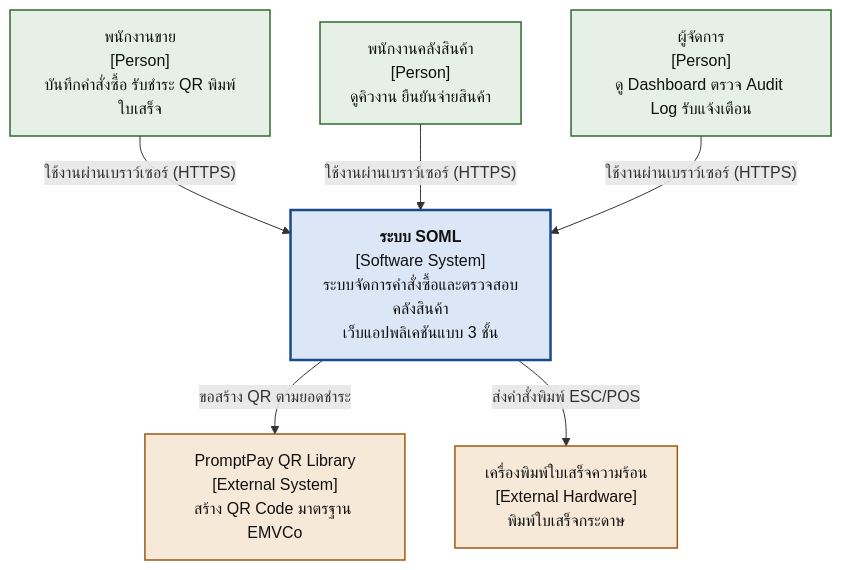
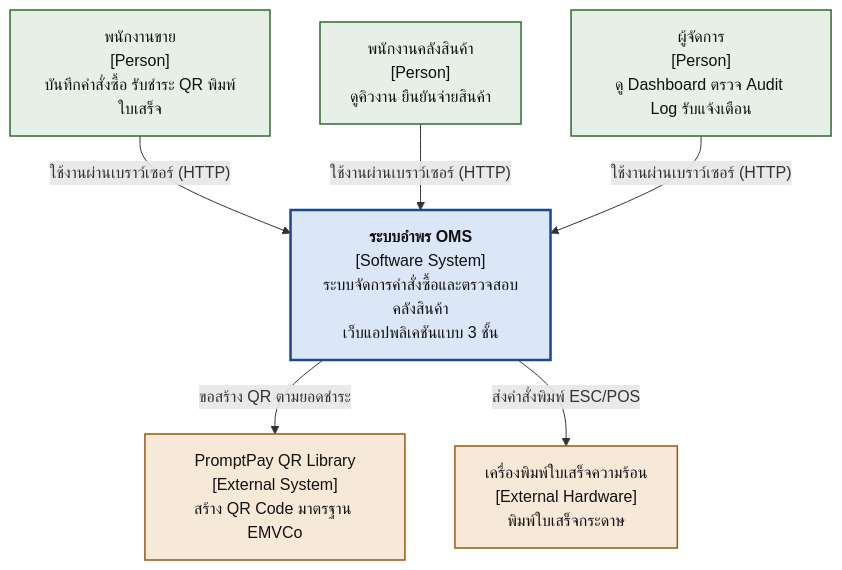
The diagram in Documents/assets/diagrams/fig3-02_c1_context.mmd (TriratWongsit/soml-pos-inventory), drawn with Mermaid before and after one commit. The commit also changed 861 other files, not shown here.

```diff
--- a/Documents/assets/diagrams/fig3-02_c1_context.mmd
+++ b/Documents/assets/diagrams/fig3-02_c1_context.mmd
@@ -1,18 +1,18 @@
 flowchart TD
     SALES["พนักงานขาย<br/>[Person]<br/>บันทึกคำสั่งซื้อ รับชำระ QR พิมพ์ใบเสร็จ"]
     WH["พนักงานคลังสินค้า<br/>[Person]<br/>ดูคิวงาน ยืนยันจ่ายสินค้า"]
     MGR["ผู้จัดการ<br/>[Person]<br/>ดู Dashboard ตรวจ Audit Log รับแจ้งเตือน"]
-    SOML["<b>ระบบ SOML</b><br/>[Software System]<br/>ระบบจัดการคำสั่งซื้อและตรวจสอบคลังสินค้า<br/>เว็บแอปพลิเคชันแบบ 3 ชั้น"]
+    SOML["<b>ระบบอำพร OMS</b><br/>[Software System]<br/>ระบบจัดการคำสั่งซื้อและตรวจสอบคลังสินค้า<br/>เว็บแอปพลิเคชันแบบ 3 ชั้น"]
     QR["PromptPay QR Library<br/>[External System]<br/>สร้าง QR Code มาตรฐาน EMVCo"]
     PRN["เครื่องพิมพ์ใบเสร็จความร้อน<br/>[External Hardware]<br/>พิมพ์ใบเสร็จกระดาษ"]
-    SALES -->|"ใช้งานผ่านเบราว์เซอร์ (HTTPS)"| SOML
-    WH -->|"ใช้งานผ่านเบราว์เซอร์ (HTTPS)"| SOML
-    MGR -->|"ใช้งานผ่านเบราว์เซอร์ (HTTPS)"| SOML
+    SALES -->|"ใช้งานผ่านเบราว์เซอร์ (HTTP)"| SOML
+    WH -->|"ใช้งานผ่านเบราว์เซอร์ (HTTP)"| SOML
+    MGR -->|"ใช้งานผ่านเบราว์เซอร์ (HTTP)"| SOML
     SOML -->|"ขอสร้าง QR ตามยอดชำระ"| QR
     SOML -->|"ส่งคำสั่งพิมพ์ ESC/POS"| PRN
     classDef person fill:#e6f0e6,stroke:#2f6b2f,stroke-width:1.5px,color:#111
     classDef system fill:#dbe6f7,stroke:#1a4a8a,stroke-width:2.5px,color:#111
     classDef ext fill:#f7e9d8,stroke:#9a5a12,stroke-width:1.5px,color:#111
     class SALES,WH,MGR person
     class SOML system
     class QR,PRN ext
```
